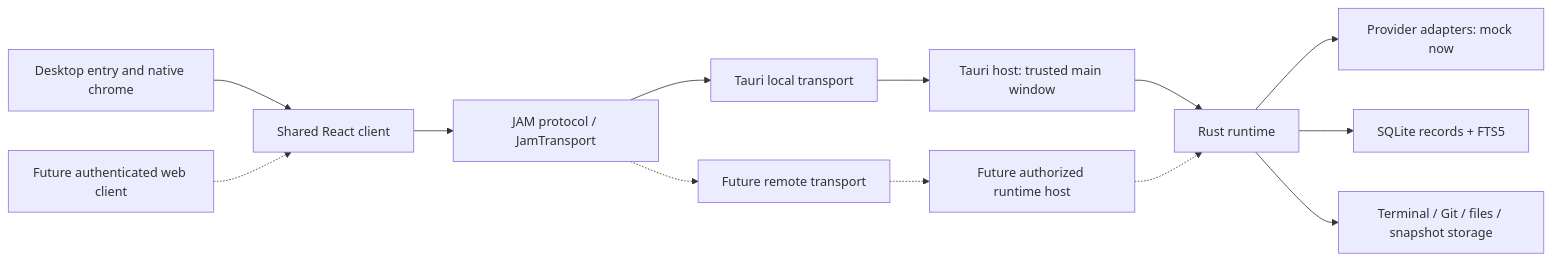
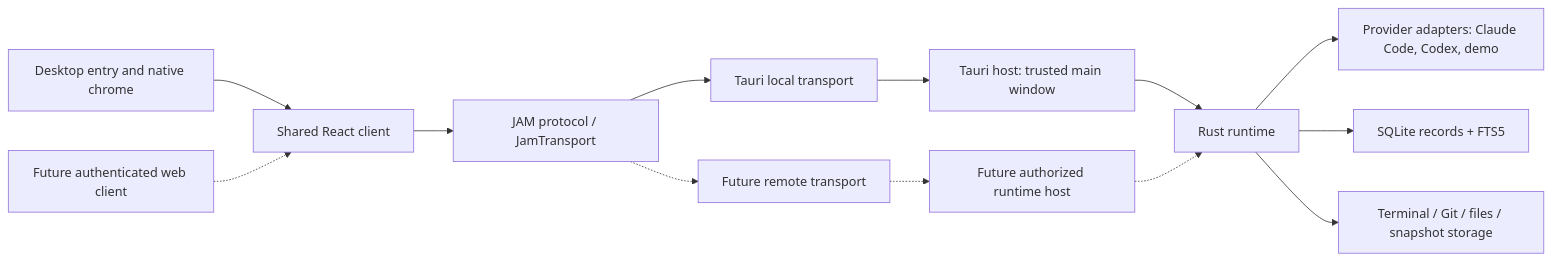
One commit to jayamartinez/jam-code changed the first of 2 diagrams in docs/ARCHITECTURE.md. Above: the diagram before and after it, drawn with Mermaid. The commit also changed other lines of this file and 7 other files, not shown here.

````diff
--- a/docs/ARCHITECTURE.md
+++ b/docs/ARCHITECTURE.md
@@ -7,15 +7,15 @@
 ```mermaid
 flowchart LR
   Desktop[Desktop entry and native chrome] --> UI[Shared React client]
   UI --> Contract[JAM protocol / JamTransport]
   Contract --> Local[Tauri local transport]
   Local --> Host[Tauri host: trusted main window]
   Host --> Core[Rust runtime]
-  Core --> Providers[Provider adapters: mock now]
+  Core --> Providers[Provider adapters: Claude Code, Codex, demo]
   Core --> Storage[SQLite records + FTS5]
   Core --> Services[Terminal / Git / files / snapshot storage]
   Web[Future authenticated web client] -.-> UI
   Contract -.-> Remote[Future remote transport]
   Remote -.-> RemoteHost[Future authorized runtime host]
   RemoteHost -.-> Core
 ```
````
